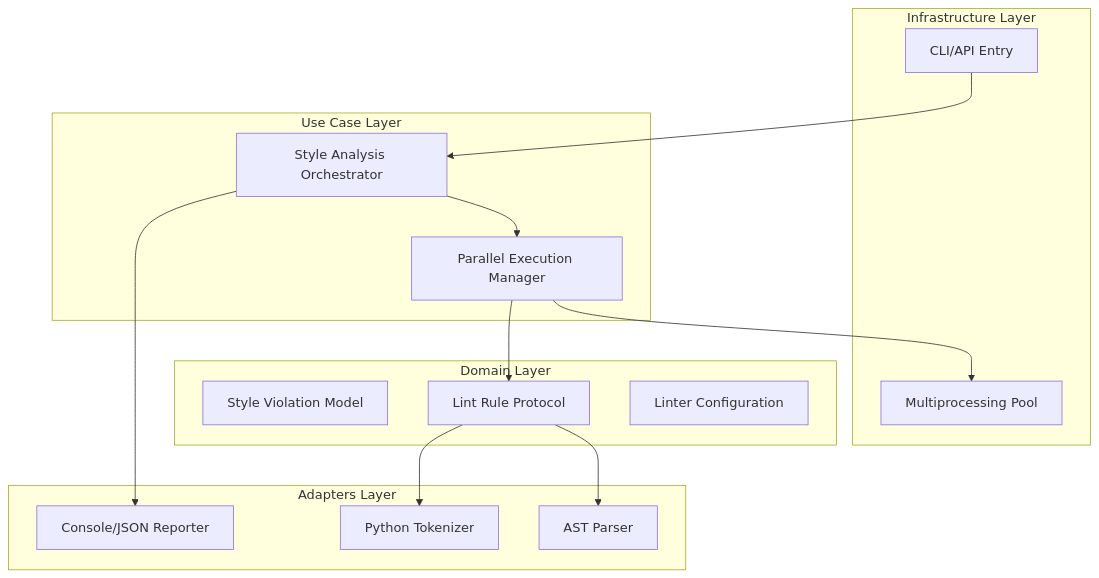
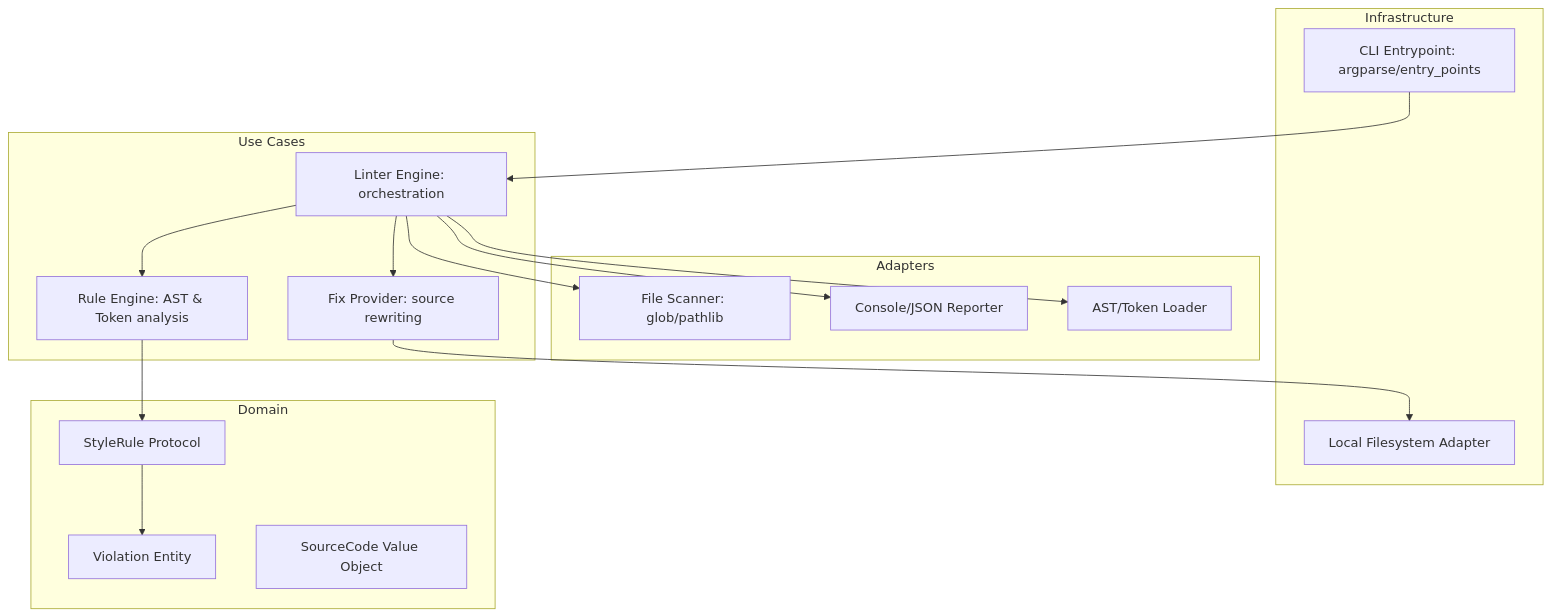
Before and after one commit to davidlapsleyio/shipkode-python-linting-cli-utility: the diagram in specs/F1-pep-8-style-checker-bf336713/design.md, drawn with Mermaid. The commit also changed other lines of this file and 20 other files, not shown here.

````diff
--- a/specs/F1-pep-8-style-checker-bf336713/design.md
+++ b/specs/F1-pep-8-style-checker-bf336713/design.md
@@ -25,33 +23,35 @@
 ```mermaid
 graph TD
-    subgraph infrastructure [Infrastructure Layer]
-        API[CLI/API Entry]
-        Pool[Multiprocessing Pool]
+    subgraph "Infrastructure"
+        CLI[CLI Entrypoint: argparse/entry_points]
+        Filesystem[Local Filesystem Adapter]
     end
 
-    subgraph adapters [Adapters Layer]
-        Parser[AST Parser]
-        Tokenizer[Python Tokenizer]
+    subgraph "Adapters"
+        Scanner[File Scanner: glob/pathlib]
         Reporter[Console/JSON Reporter]
+        ASTLoader[AST/Token Loader]
     end
 
-    subgraph usecases [Use Case Layer]
-        StyleOrchestrator[Style Analysis Orchestrator]
-        ParallelRunner[Parallel Execution Manager]
+    subgraph "Use Cases"
+        Runner[Linter Engine: orchestration]
+        RuleEngine[Rule Engine: AST & Token analysis]
+        AutoFixer[Fix Provider: source rewriting]
     end
 
-    subgraph domain [Domain Layer]
-        Violation[Style Violation Model]
-        RuleProtocol[Lint Rule Protocol]
-        Config[Linter Configuration]
+    subgraph "Domain"
+        Violation[Violation Entity]
+        StyleRule[StyleRule Protocol]
+        SourceCode[SourceCode Value Object]
     end
 
-    API --> StyleOrchestrator
-    StyleOrchestrator --> ParallelRunner
-    ParallelRunner --> Pool
-    ParallelRunner --> RuleProtocol
-    RuleProtocol --> Parser
-    RuleProtocol --> Tokenizer
-    StyleOrchestrator --> Reporter
-
+    CLI --> Runner
+    Runner --> Scanner
+    Runner --> ASTLoader
+    Runner --> RuleEngine
+    RuleEngine --> StyleRule
+    StyleRule --> Violation
+    Runner --> AutoFixer
+    AutoFixer --> Filesystem
+    Runner --> Reporter
 ```
````
